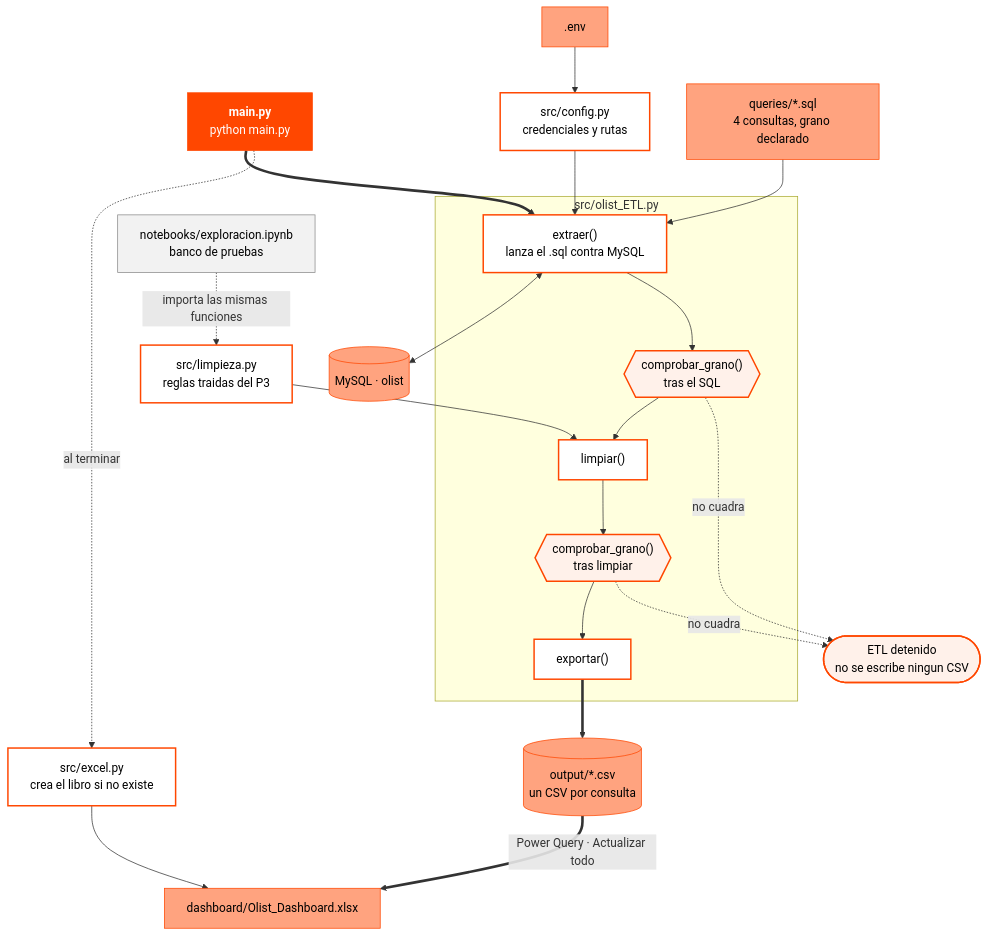
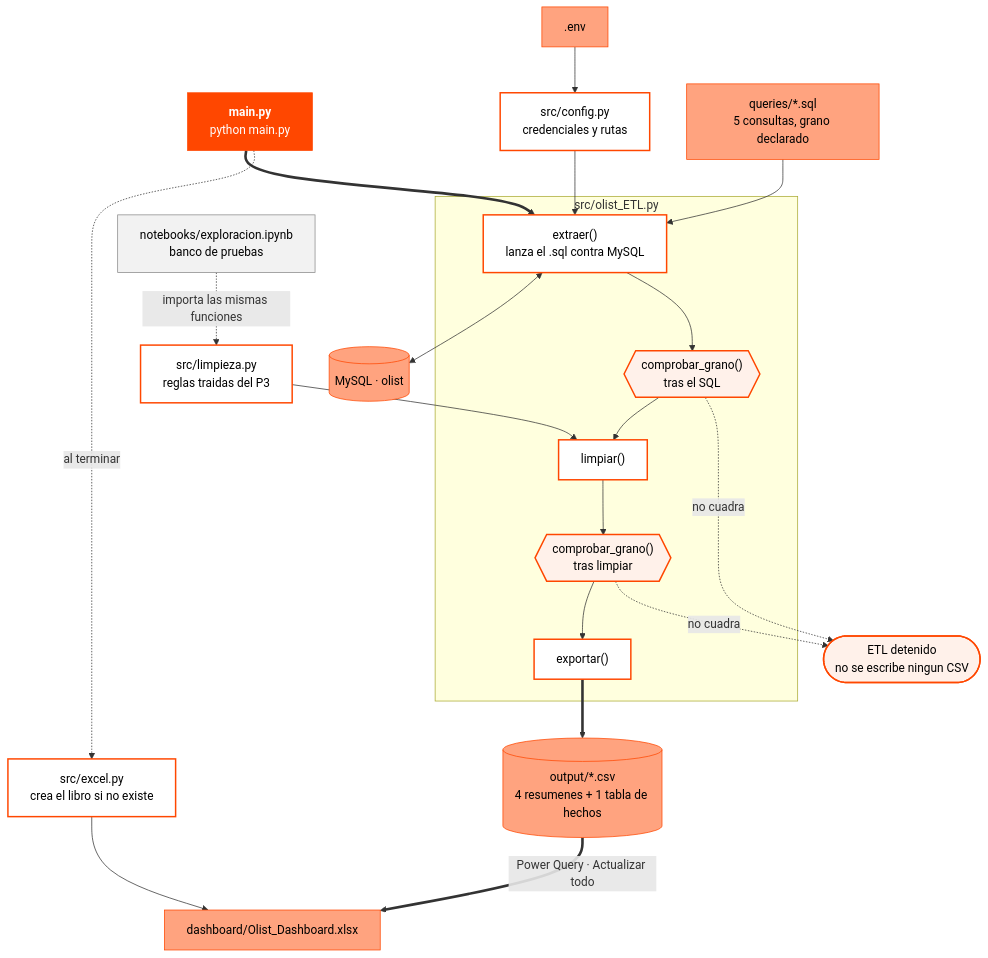
Before and after one commit to Bootcamp-DA-P3/project-data-automation-grupo_0: the diagram in README.md, drawn with Mermaid. The commit also changed other lines of this file and 4 other files, not shown here.

First line of the commit message:
Anadir la tabla de hechos y la guia del modelo de datos

````diff
--- a/README.md
+++ b/README.md
@@ -40,44 +41,44 @@
 ```mermaid
 flowchart TB
     MAIN["<b>main.py</b><br/>python main.py"]
     ENV[".env"] --> CFG["src/config.py<br/>credenciales y rutas"]
-    SQL["queries/*.sql<br/>4 consultas, grano declarado"]
+    SQL["queries/*.sql<br/>5 consultas, grano declarado"]
     DB[("MySQL · olist")]
     LIMP["src/limpieza.py<br/>reglas traidas del P3"]
-    CSV[("output/*.csv<br/>un CSV por consulta")]
+    CSV[("output/*.csv<br/>4 resumenes + 1 tabla de hechos")]
     XLS["dashboard/Olist_Dashboard.xlsx"]
     STOP(["ETL detenido<br/>no se escribe ningun CSV"])
 
     MAIN ==> E1
     CFG --> E1
     SQL --> E1
     E1 <--> DB
 
     subgraph MOTOR["src/olist_ETL.py"]
         E1["extraer()<br/>lanza el .sql contra MySQL"]
         E2{{"comprobar_grano()<br/>tras el SQL"}}
         E3["limpiar()"]
         E4{{"comprobar_grano()<br/>tras limpiar"}}
         E5["exportar()"]
         E1 --> E2 --> E3 --> E4 --> E5
     end
 
     LIMP --> E3
     E2 -.->|no cuadra| STOP
     E4 -.->|no cuadra| STOP
     E5 ==> CSV
     CSV ==>|"Power Query · Actualizar todo"| XLS
     MAIN -. "al terminar" .-> XLSPY["src/excel.py<br/>crea el libro si no existe"] --> XLS
     NB["notebooks/exploracion.ipynb<br/>banco de pruebas"] -. "importa las mismas funciones" .-> LIMP
 
     classDef entrada fill:#ff4700,stroke:#ff4700,color:#ffffff
     classDef codigo  fill:#ffffff,stroke:#ff4700,stroke-width:2px,color:#000000
     classDef datos   fill:#ffa37f,stroke:#ff4700,color:#000000
     classDef control fill:#fff1ea,stroke:#ff4700,stroke-width:2px,color:#000000
     class MAIN entrada
     class CFG,LIMP,XLSPY,E1,E3,E5 codigo
     class SQL,DB,CSV,XLS,ENV datos
     class E2,E4,STOP control
     classDef lab fill:#f2f2f2,stroke:#8a8a8a,color:#000000
     class NB lab
 ```
````
